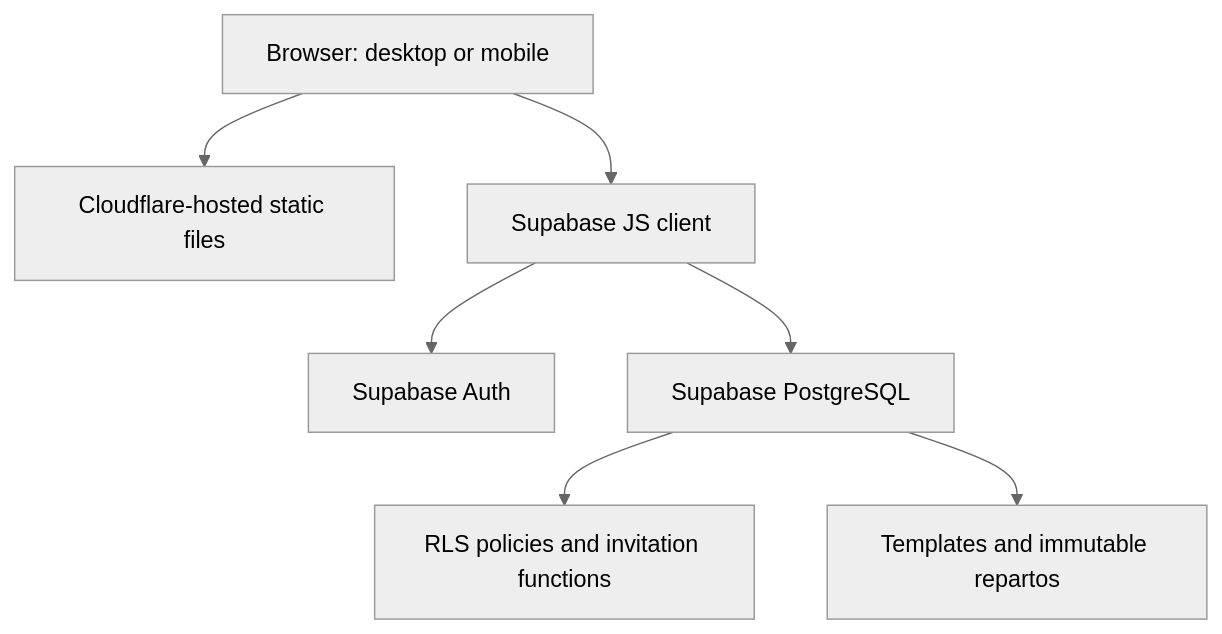
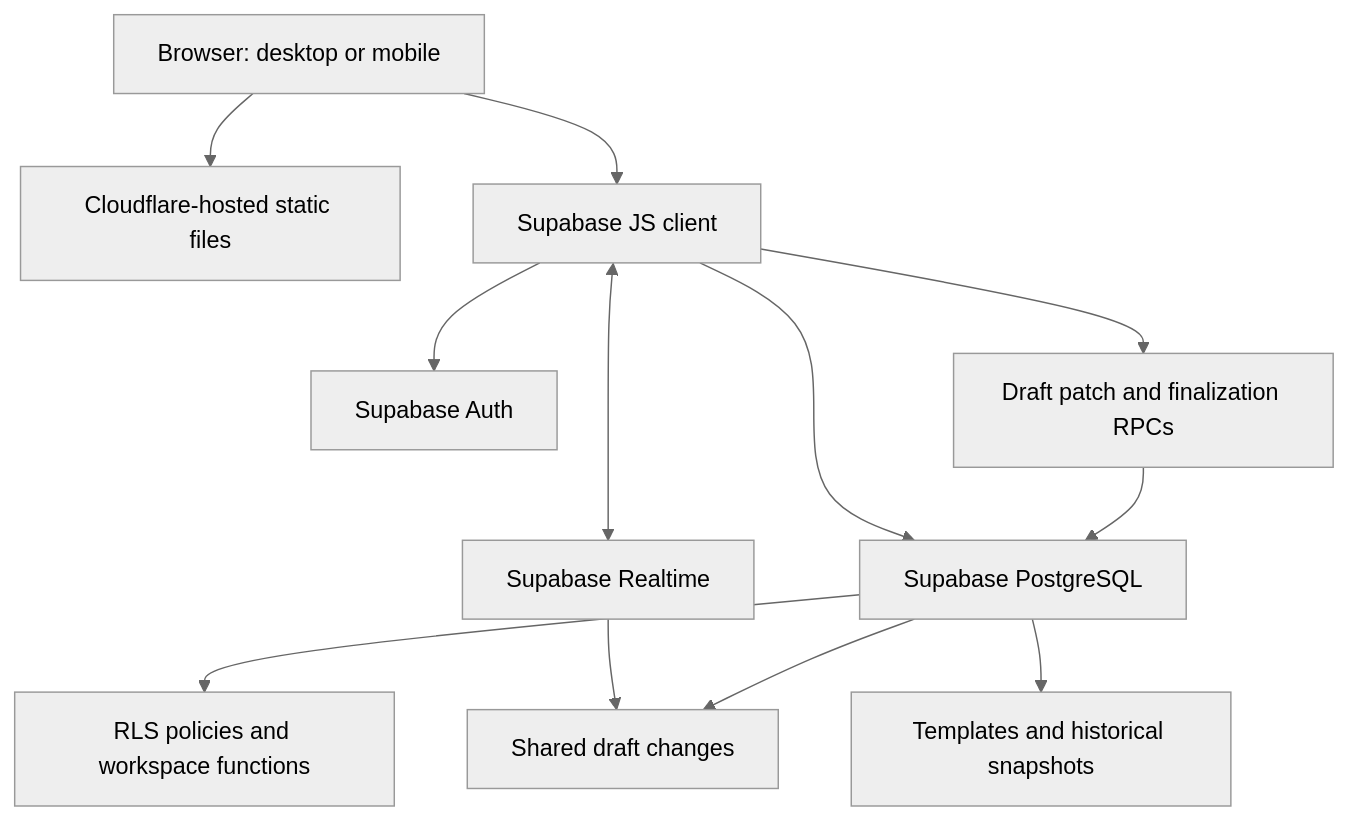
The diagram in README.md (paolaphuerta/Tip-Management-System-), drawn with Mermaid (neutral theme) before and after one commit. The commit also changed other lines of this file, not shown here.

````diff
--- a/README.md
+++ b/README.md
@@ -37,9 +45,14 @@
 ```mermaid
 flowchart TD
   U[Browser: desktop or mobile] --> C[Cloudflare-hosted static files]
   U --> S[Supabase JS client]
   S --> A[Supabase Auth]
   S --> P[Supabase PostgreSQL]
-  P --> R[RLS policies and invitation functions]
-  P --> T[Templates and immutable repartos]
+  S <--> RT[Supabase Realtime]
+  RT --> D[Shared draft changes]
+  P --> R[RLS policies and workspace functions]
+  P --> D
+  P --> T[Templates and historical snapshots]
+  S --> F[Draft patch and finalization RPCs]
+  F --> P
 ```
````
